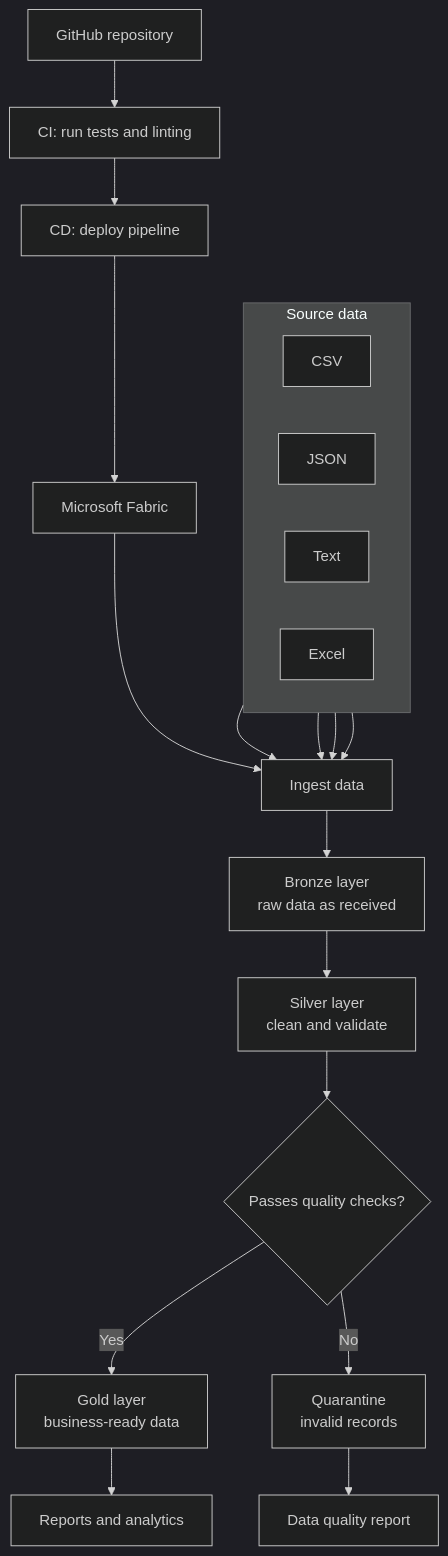
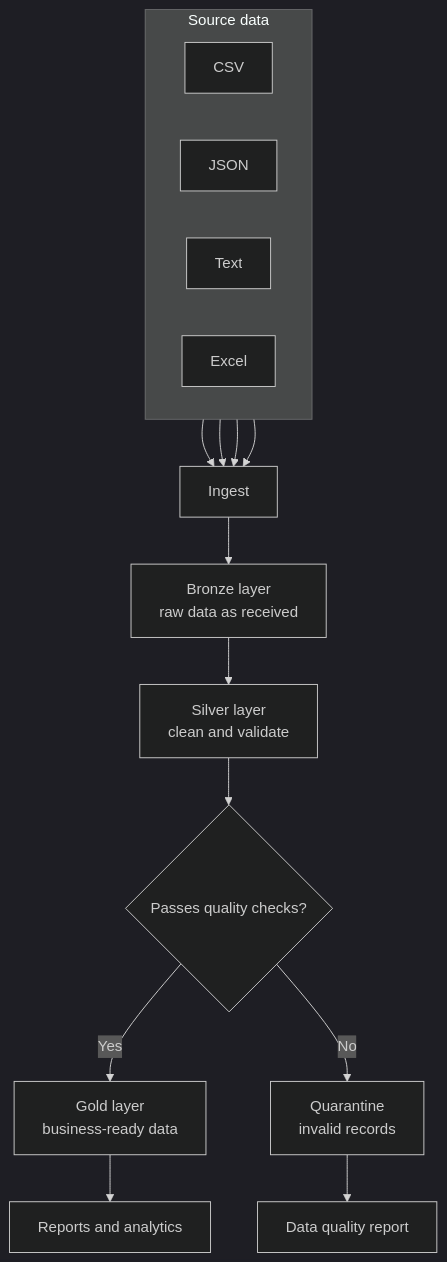
Before and after one commit to macca1087/sm-library-pipeline: the diagram in docs/architecture/design-pipeline.md, drawn with Mermaid (dark theme).

Commit message:
Update design pipeline by removing deployment steps
Removed outdated deployment steps from design pipeline.

````diff
--- a/docs/architecture/design-pipeline.md
+++ b/docs/architecture/design-pipeline.md
@@ -3,30 +3,25 @@
 ```mermaid
 flowchart TB
     subgraph Sources["Source data"]
         direction LR
         CSV["CSV"]
         JSON["JSON"]
         Text["Text"]
         Excel["Excel"]
     end
-
-    Repo["GitHub repository"] --> CI["CI: run tests and linting"]
-    CI --> Deploy["CD: deploy pipeline"]
-    Deploy --> Fabric["Microsoft Fabric"]
-    Fabric --> Ingest["Ingest data"]
 
     CSV --> Ingest
     JSON --> Ingest
     Text --> Ingest
     Excel --> Ingest
 
     Ingest --> Bronze["Bronze layer<br/>raw data as received"]
     Bronze --> Silver["Silver layer<br/>clean and validate"]
     Silver --> Check{"Passes quality checks?"}
 
     Check -->|Yes| Gold["Gold layer<br/>business-ready data"]
     Check -->|No| Quarantine["Quarantine<br/>invalid records"]
     Quarantine --> Report["Data quality report"]
 
     Gold --> Consumers["Reports and analytics"]
 ```
````
